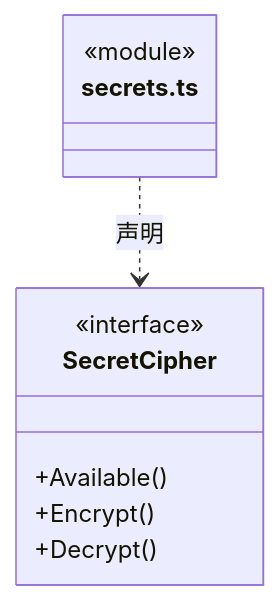
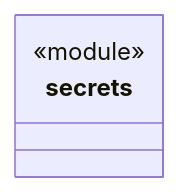
One commit to nan023062/cbim changed the diagram in src/core/contracts/ARCHITECTURE.md. Above: the diagram before and after it, drawn with Mermaid. The commit also changed other lines of this file and 158 other files, not shown here.

Commit message:
docs: model architecture through nested virtual encapsulations

````diff
--- a/src/core/contracts/ARCHITECTURE.md
+++ b/src/core/contracts/ARCHITECTURE.md
@@ -48,13 +19,7 @@
 ```mermaid
 classDiagram
-class N_src_core_contracts_secrets_ts["secrets.ts"] {
+class N_ec2bdf5dd640["secrets"] {
   <<module>>
 }
-class N_src_core_contracts_secrets_ts_SecretCipher["SecretCipher"] {
-  <<interface>>
-  +Available()
-  +Encrypt()
-  +Decrypt()
-}
-N_src_core_contracts_secrets_ts ..> N_src_core_contracts_secrets_ts_SecretCipher : 声明
+click N_ec2bdf5dd640 href "secrets.ts"
 ```
````
